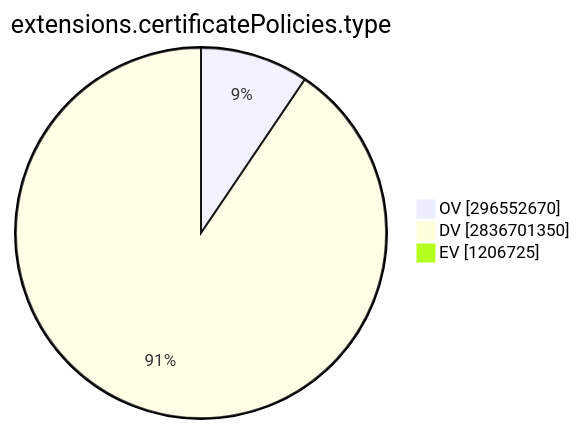
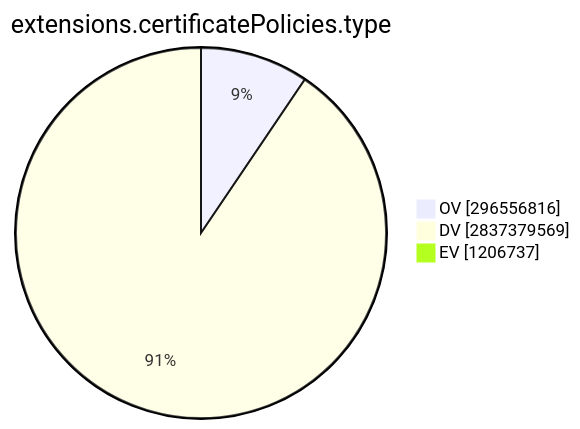
The ninth of 15 diagrams in TOTAL/README.md (christiankrug/ctmonitor_visualization), drawn with Mermaid before and after one commit. The commit also changed other lines of this file, not shown here.

````diff
--- a/TOTAL/README.md
+++ b/TOTAL/README.md
@@ -3099,7 +3099,7 @@
 ```mermaid
 pie showData
 title extensions.certificatePolicies.type
-"OV" :296552670
-"DV" :2836701350
-"EV" :1206725
+"OV" :296556816
+"DV" :2837379569
+"EV" :1206737
 ```
````
